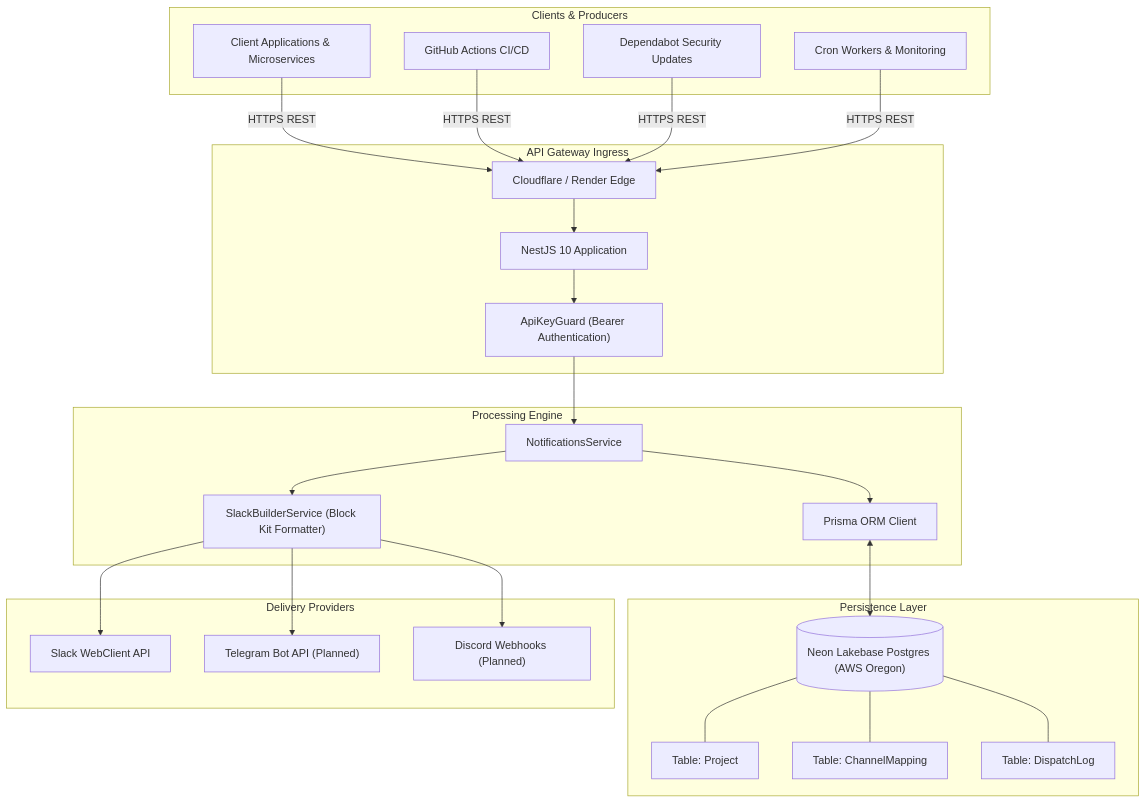
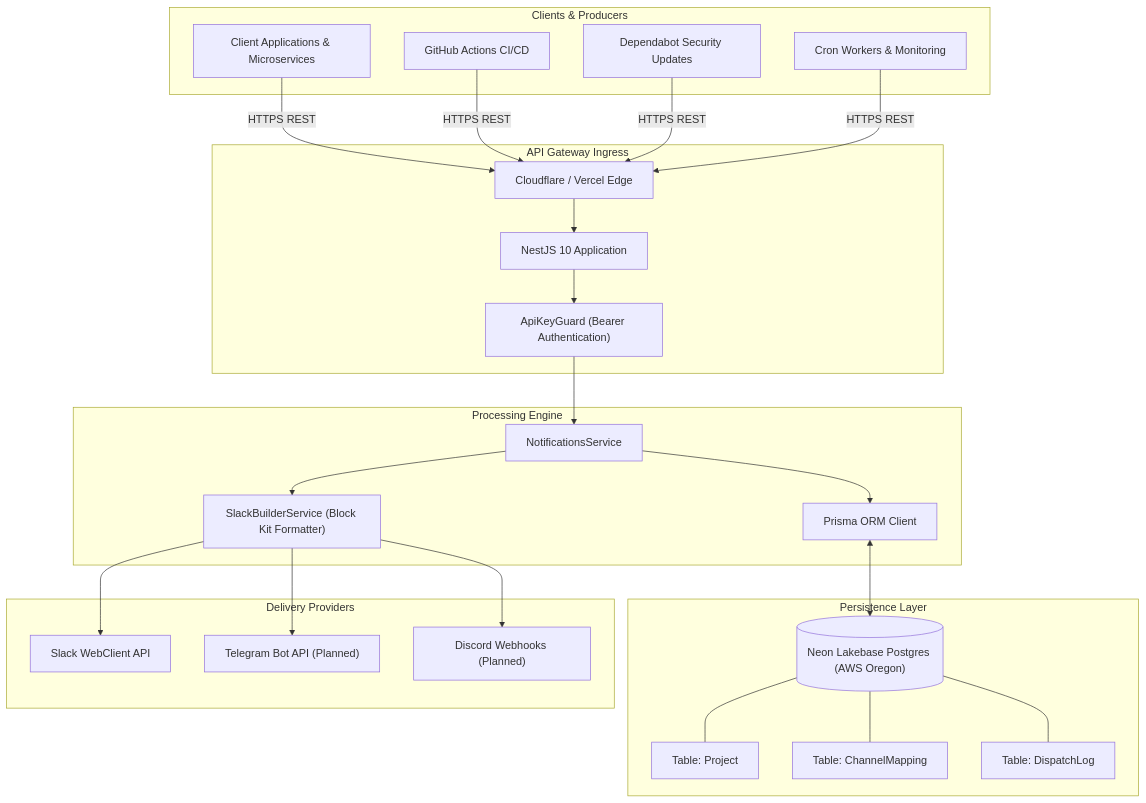
Before and after one commit to thanhba0505/central-gateway: the diagram in docs/architecture.md, drawn with Mermaid. The commit also changed other lines of this file and 6 other files, not shown here.

Commit message:
chore(deploy): purge obsolete Render references and update Vercel docs

````diff
--- a/docs/architecture.md
+++ b/docs/architecture.md
@@ -7,44 +7,44 @@
 ```mermaid
 graph TD
     subgraph Clients ["Clients & Producers"]
         A["Client Applications & Microservices"]
         B["GitHub Actions CI/CD"]
         C["Dependabot Security Updates"]
         D["Cron Workers & Monitoring"]
     end
 
     subgraph Ingress ["API Gateway Ingress"]
-        E["Cloudflare / Render Edge"]
+        E["Cloudflare / Vercel Edge"]
         F["NestJS 10 Application"]
         G["ApiKeyGuard (Bearer Authentication)"]
     end
 
     subgraph Core ["Processing Engine"]
         H["NotificationsService"]
         I["SlackBuilderService (Block Kit Formatter)"]
         J["Prisma ORM Client"]
     end
 
     subgraph Persistence ["Persistence Layer"]
         K[("Neon Lakebase Postgres (AWS Oregon)")]
         L["Table: Project"]
         M["Table: ChannelMapping"]
         N["Table: DispatchLog"]
     end
 
     subgraph Providers ["Delivery Providers"]
         O["Slack WebClient API"]
         P["Telegram Bot API (Planned)"]
         Q["Discord Webhooks (Planned)"]
     end
 
     A & B & C & D -->|HTTPS REST| E
     E --> F
     F --> G
     G --> H
     H --> J
     J <--> K
     K --- L & M & N
     H --> I
     I --> O & P & Q
 ```
````
